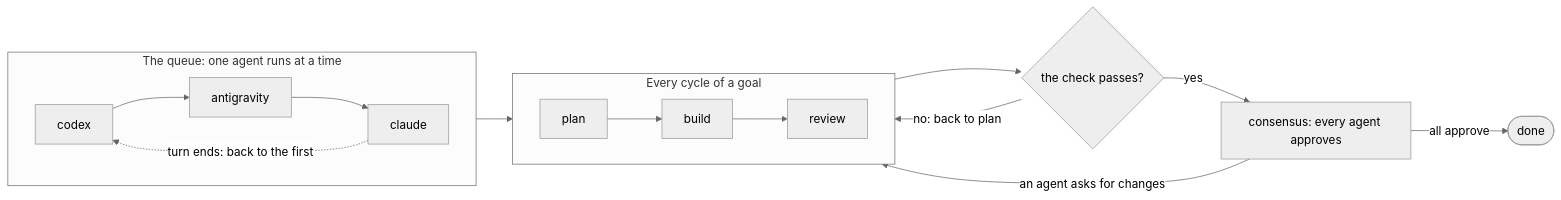
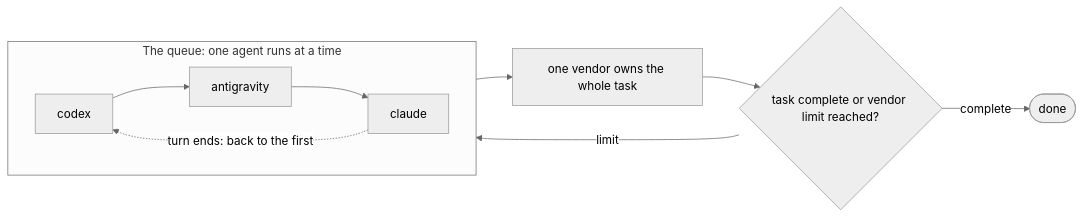
One commit to cahian/baton changed the diagram in README.md. Above: the diagram before and after it, drawn with Mermaid (neutral theme). The commit also changed other lines of this file and 17 other files, not shown here.

````diff
--- a/README.md
+++ b/README.md
@@ -23,18 +22,12 @@
 ```mermaid
 flowchart LR
     subgraph queue["The queue: one agent runs at a time"]
         direction LR
         codex["codex"] --> antigravity["antigravity"] --> claude["claude"]
         claude -. "turn ends: back to the first" .-> codex
     end
-    queue --> cycle
-    subgraph cycle["Every cycle of a goal"]
-        direction LR
-        plan["plan"] --> build["build"] --> review["review"]
-    end
-    review --> check{"the check passes?"}
-    check -- "no: back to plan" --> plan
-    check -- yes --> consensus["consensus: every agent approves"]
-    consensus -- "an agent asks for changes" --> build
-    consensus -- "all approve" --> done(["done"])
+    queue --> task["one vendor owns the whole task"]
+    task --> complete{"task complete or vendor limit reached?"}
+    complete -- complete --> done(["done"])
+    complete -- limit --> queue
 ```
````
